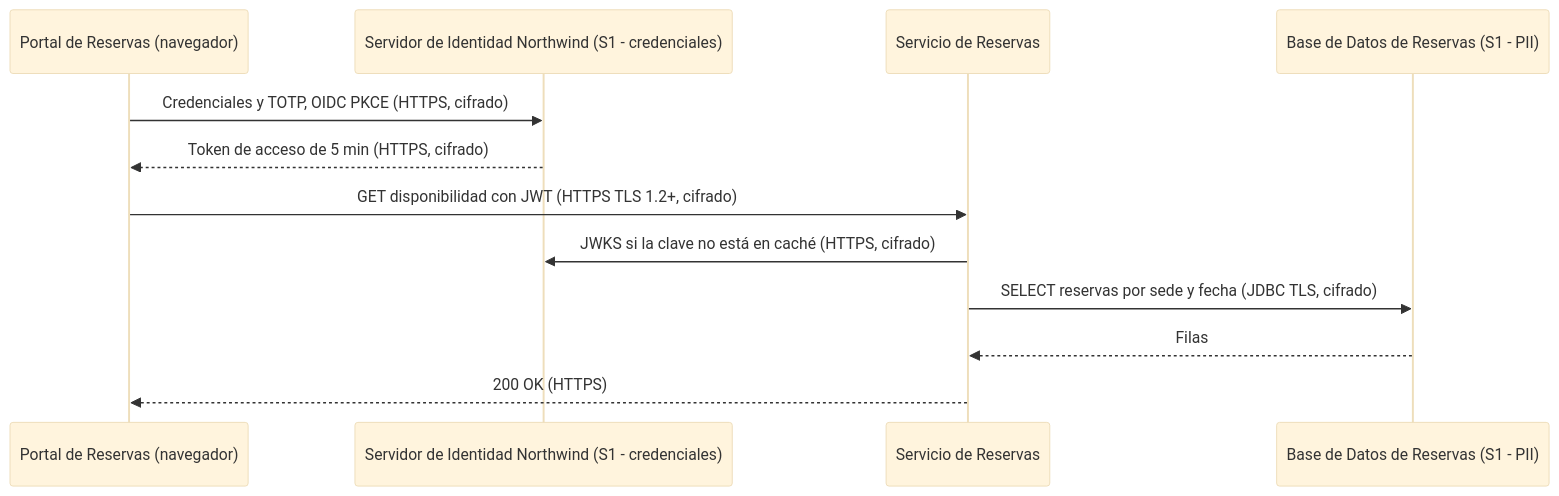
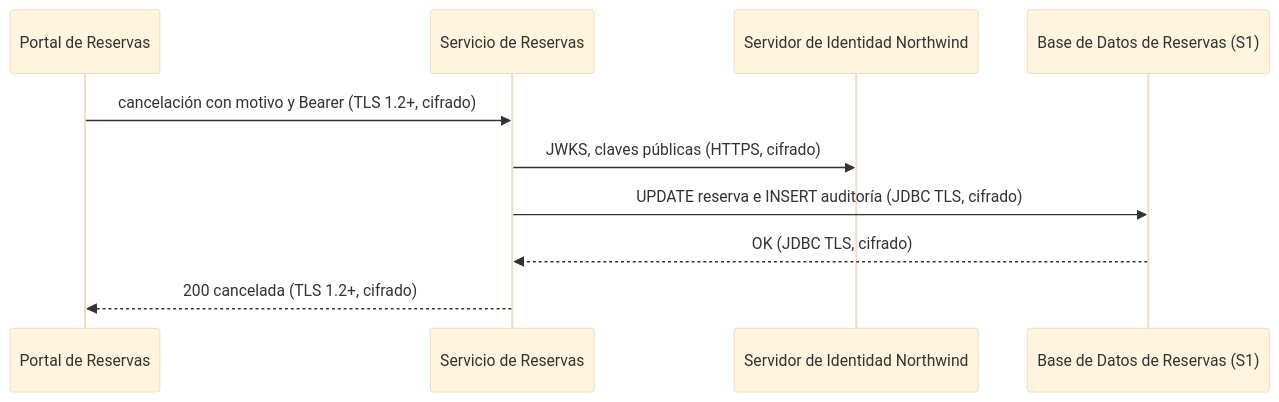
One commit to shadowX4fox/northwind-reservas changed the third of 3 diagrams in analysis/DATA-SENSITIVITY-2026-11-03.md. Above: the diagram before and after it, drawn with Mermaid (base theme). The commit also changed other lines of this file and 9 other files, not shown here.

````diff
--- a/analysis/DATA-SENSITIVITY-2026-11-03.md
+++ b/analysis/DATA-SENSITIVITY-2026-11-03.md
@@ -85,14 +87,12 @@
 ```mermaid
 sequenceDiagram
-  participant Navegador as Portal de Reservas (navegador)
-  participant IdP as Servidor de Identidad Northwind (S1 - credenciales)
+  participant Portal as Portal de Reservas
   participant Servicio as Servicio de Reservas
-  participant DB as Base de Datos de Reservas (S1 - PII)
-  Navegador->>IdP: Credenciales y TOTP, OIDC PKCE (HTTPS, cifrado)
-  IdP-->>Navegador: Token de acceso de 5 min (HTTPS, cifrado)
-  Navegador->>Servicio: GET disponibilidad con JWT (HTTPS TLS 1.2+, cifrado)
-  Servicio->>IdP: JWKS si la clave no está en caché (HTTPS, cifrado)
-  Servicio->>DB: SELECT reservas por sede y fecha (JDBC TLS, cifrado)
-  DB-->>Servicio: Filas
-  Servicio-->>Navegador: 200 OK (HTTPS)
+  participant IdP as Servidor de Identidad Northwind
+  participant BD as Base de Datos de Reservas (S1)
+  Portal->>Servicio: cancelación con motivo y Bearer (TLS 1.2+, cifrado)
+  Servicio->>IdP: JWKS, claves públicas (HTTPS, cifrado)
+  Servicio->>BD: UPDATE reserva e INSERT auditoría (JDBC TLS, cifrado)
+  BD-->>Servicio: OK (JDBC TLS, cifrado)
+  Servicio-->>Portal: 200 cancelada (TLS 1.2+, cifrado)
 ```
````
